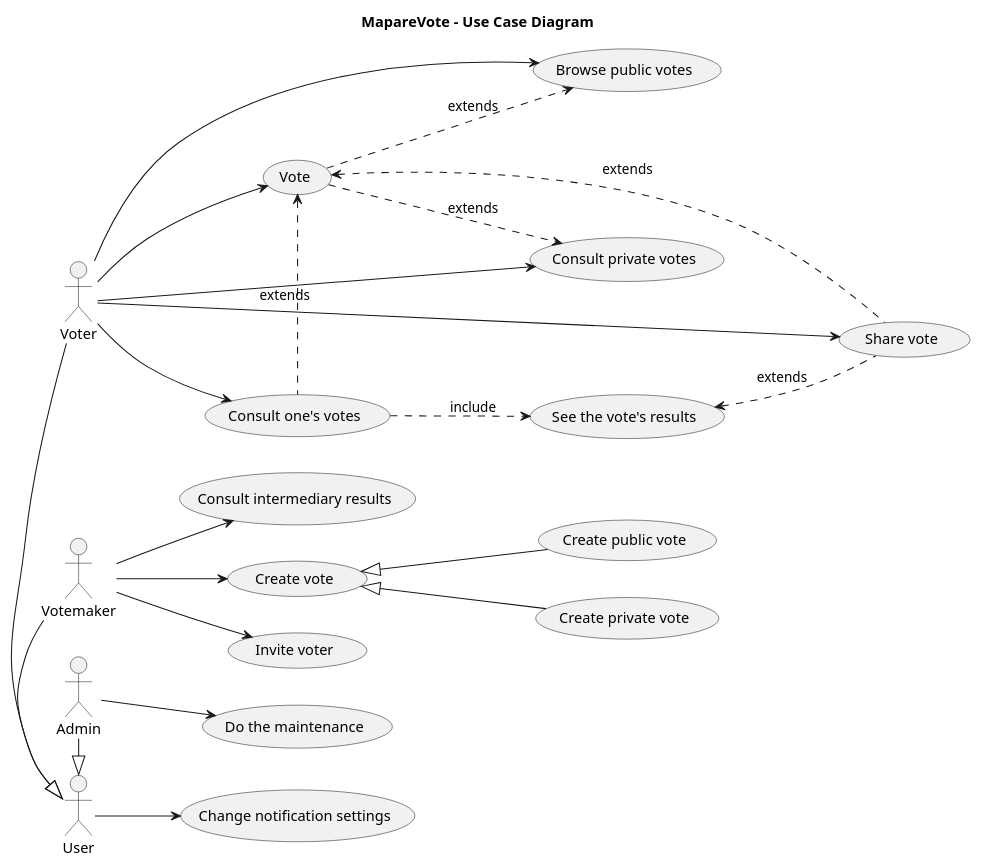
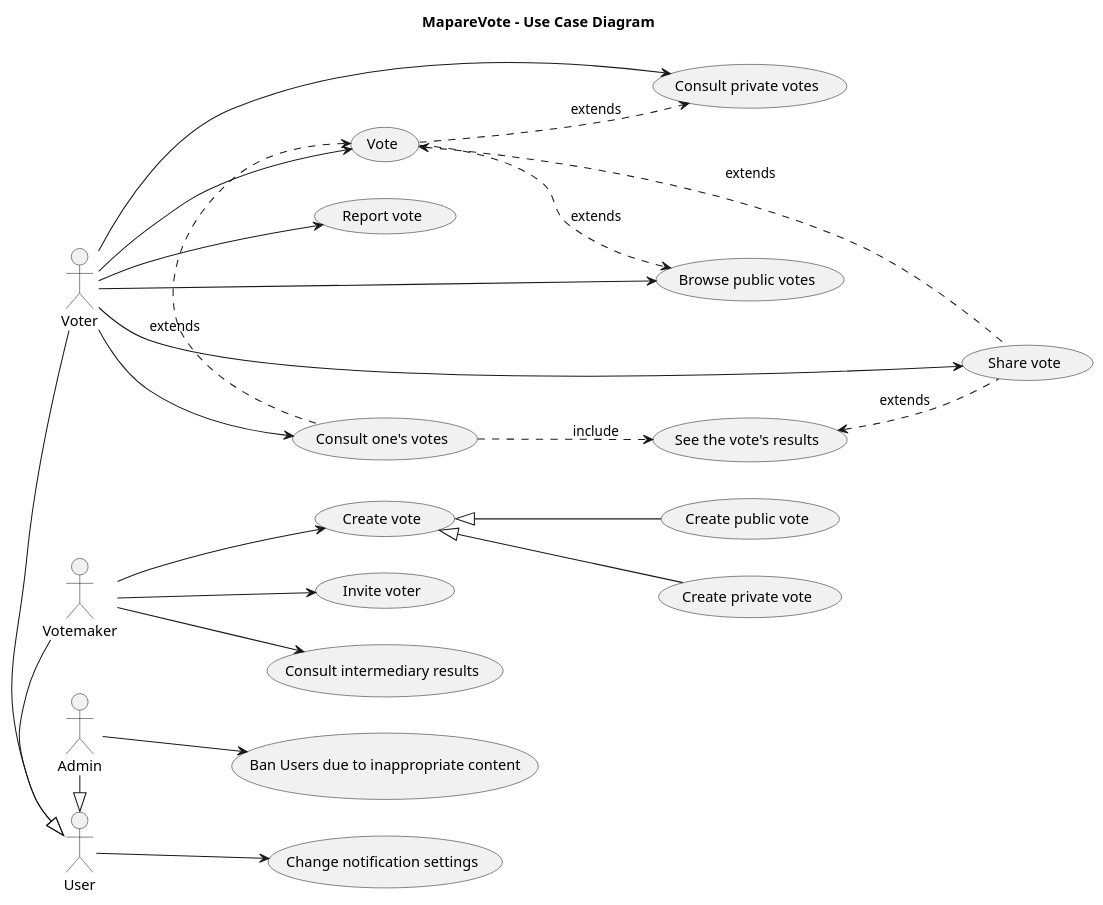
The diagram in UML/MapareVoteUC.iuml (dptinfoutln/MapareVote), drawn with PlantUML before and after one commit. The commit also changed 1 other file, not shown here.

Commit message:
Small changes to UC diagram

```diff
--- a/UML/MapareVoteUC.iuml
+++ b/UML/MapareVoteUC.iuml
@@ -1,47 +1,49 @@
 @startuml
 
 left to right direction
 
 title  MapareVote - Use Case Diagram 
 
 :Voter: -|> :User:
 :Votemaker: -|> :User:
 :Admin: -|> :User:
 
 :Voter: --> (Vote)
 
 :Votemaker: --> (Create vote)
 
 (Create vote) <|-- (Create private vote)
 
 (Create vote) <|-- (Create public vote)
 
 :Votemaker: --> (Invite voter)
 
 :Votemaker: --> (Consult intermediary results)
 
-:Admin: --> (Do the maintenance)
+:Admin: --> (Ban Users due to inappropriate content)
 
 (Vote) <. (Consult one's votes): extends
 
 :Voter: --> (Consult one's votes)
 
 (Consult one's votes) ..> (See the vote's results): include
 
 Voter --> (Browse public votes)
 
 (Vote) ..> (Browse public votes): extends
 
 :User: --> (Change notification settings)
 
 :Voter: --> (Consult private votes)
 
 (Vote) ..> (Consult private votes): extends
 
 :Voter: ---> (Share vote)
 
 (Vote) <.. (Share vote): extends
 
 (See the vote's results) <.. (Share vote): extends
 
+:Voter: --> (Report vote)
+
 @enduml
```
